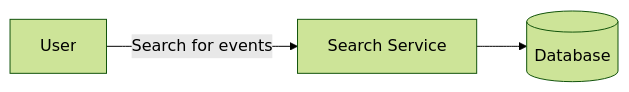
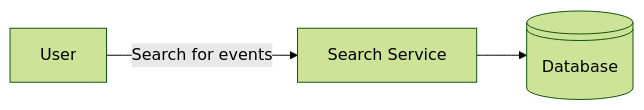
One commit to canda/javascript-excercises changed the diagram in src/system-design/ticketmaster/ticketmaster.mmd. Above: the diagram before and after it, drawn with Mermaid (forest theme).

Commit message:
Mar 1, 2026, 12:17 PM

```diff
--- a/src/system-design/ticketmaster/ticketmaster.mmd
+++ b/src/system-design/ticketmaster/ticketmaster.mmd
@@ -1,20 +1,20 @@
 %% Functional requirements
 %%   - Search for events
 %%   - View event details
 %%   - Purchase tickets
 %%   - View purchased tickets
 
 %% Non-functional requirements
 %%   - Many users should be able to search and purchase tickets simultaneously without performance degradation.
 %%   - Millions of simultaneous users trying to purchase tickets for popular events should not cause the system to crash.
 %%   - Tens of thousands of events
 
 %% API
 %% /search?q={query} - GET -  Search for events
 %% /events/{event_id} - GET -  Get event details
 %% /payment-method - POST -  create a payment method (POST request with payment token from stripe)
 %% /purchase - POST -  Purchase tickets (POST request with event_id, quantity, and payment method id)
 
 flowchart LR
   U[User] -->|Search for events| S[Search Service]
-  S --> D@{ shape: database, label: "Database" }
+  S --> D@{ shape: disk, label: "Database" }
```
